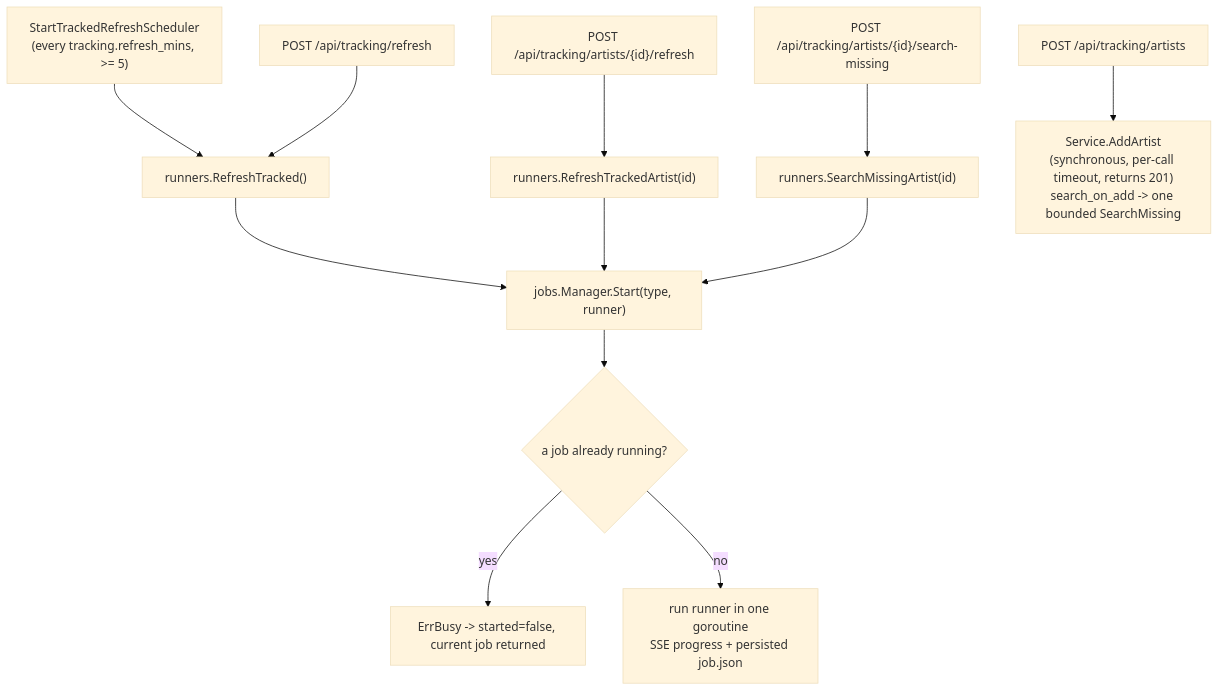
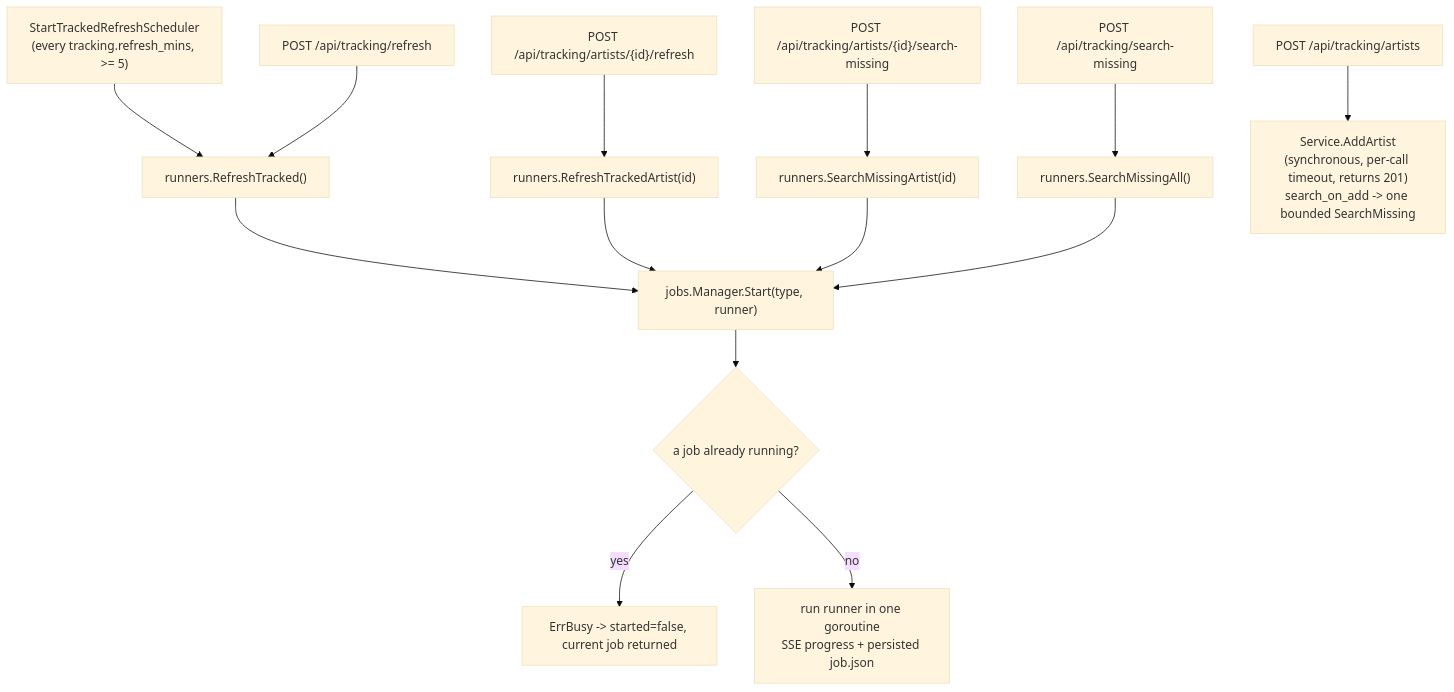
The first of 7 diagrams in docs/flows/tracking-refresh.md (ramonskie/groovearr), drawn with Mermaid (base theme) before and after one commit. The commit also changed other lines of this file and 31 other files, not shown here.

````diff
--- a/docs/flows/tracking-refresh.md
+++ b/docs/flows/tracking-refresh.md
@@ -18,15 +18,17 @@
 ```mermaid
 flowchart TD
     SCHED["StartTrackedRefreshScheduler<br/>(every tracking.refresh_mins, >= 5)"] --> RTRACK
     API_ALL["POST /api/tracking/refresh"] --> RTRACK
     API_ONE["POST /api/tracking/artists/{id}/refresh"] --> RONE
     API_SRCH["POST /api/tracking/artists/{id}/search-missing"] --> RSRCH
+    API_SRCHALL["POST /api/tracking/search-missing"] --> RSRCHALL
     API_ADD["POST /api/tracking/artists"] --> ADD["Service.AddArtist<br/>(synchronous, per-call timeout, returns 201)<br/>search_on_add -> one bounded SearchMissing"]
 
     RTRACK["runners.RefreshTracked()"] --> MGR
     RONE["runners.RefreshTrackedArtist(id)"] --> MGR
     RSRCH["runners.SearchMissingArtist(id)"] --> MGR
+    RSRCHALL["runners.SearchMissingAll()"] --> MGR
     MGR["jobs.Manager.Start(type, runner)"] --> BUSY{"a job already running?"}
     BUSY -- yes --> EB["ErrBusy -> started=false, current job returned"]
     BUSY -- no --> RUN["run runner in one goroutine<br/>SSE progress + persisted job.json"]
 ```
````
